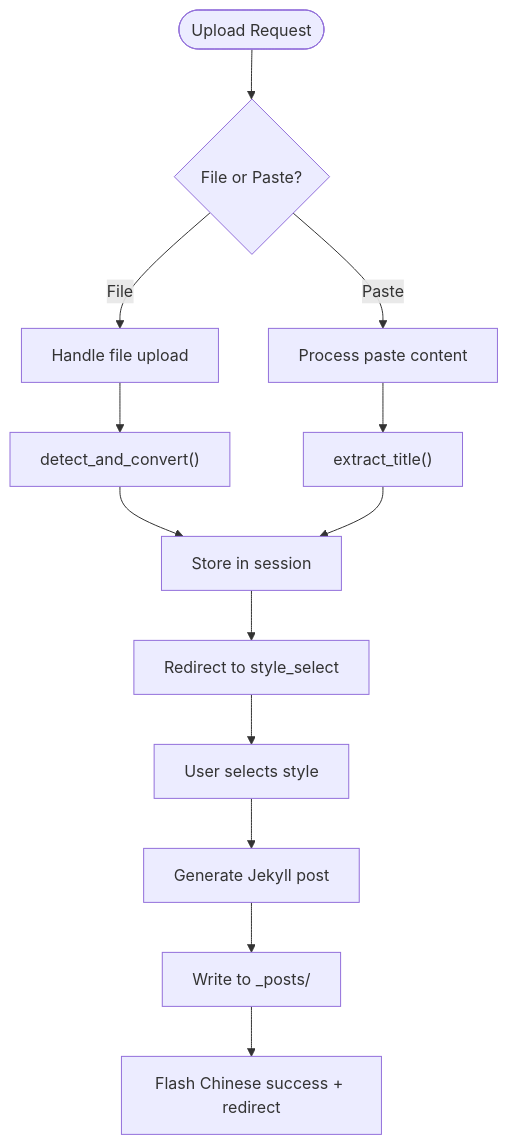
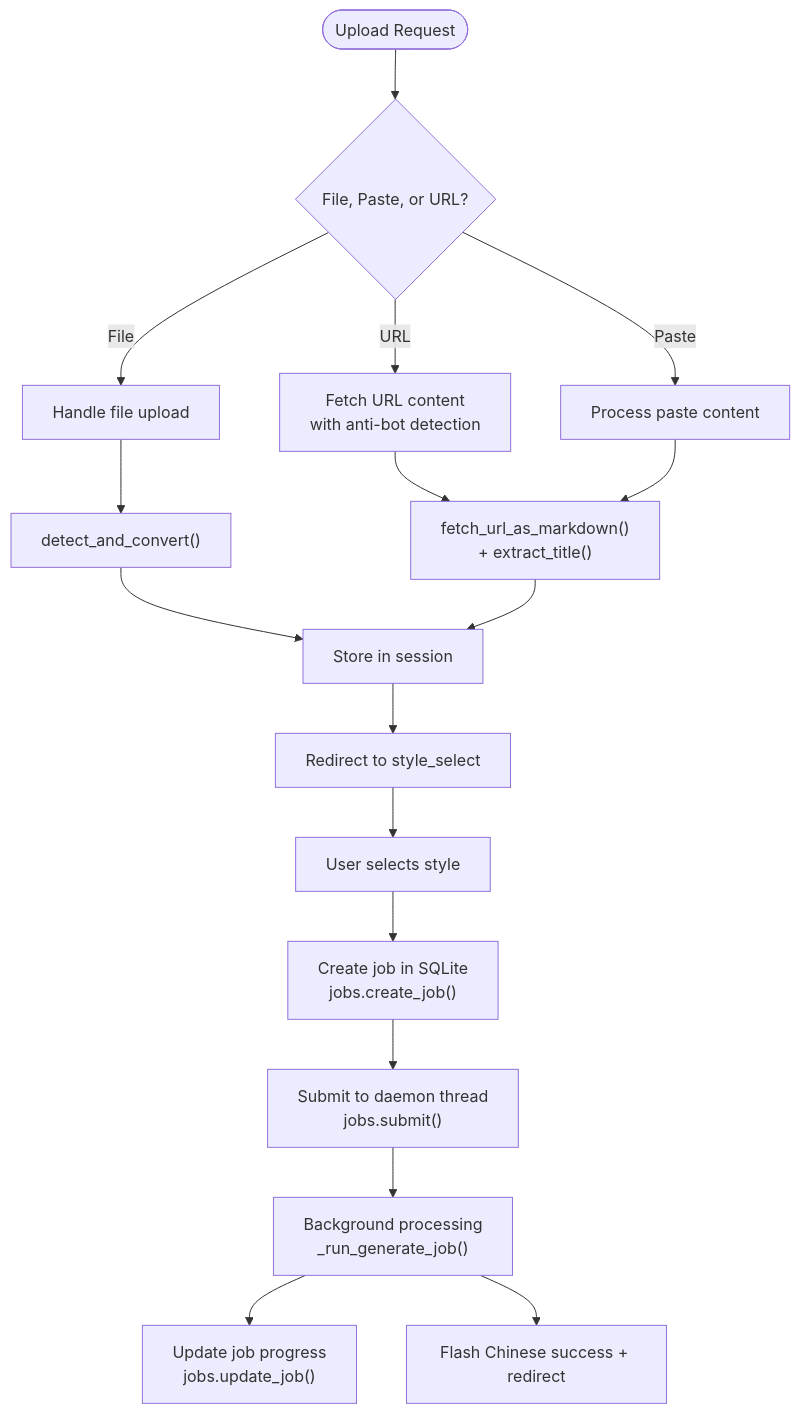
One commit to PolarisW007/PolaZhenJing changed the fifth of 10 diagrams in .qoder/repowiki/en/content/Frontend Application/Frontend Application.md. Above: the diagram before and after it, drawn with Mermaid. The commit also changed other lines of this file and 333 other files, not shown here.

````diff
--- a/.qoder/repowiki/en/content/Frontend Application/Frontend Application.md
+++ b/.qoder/repowiki/en/content/Frontend Application/Frontend Application.md
@@ -245,15 +296,19 @@
 ```mermaid
 flowchart TD
-Start(["Upload Request"]) --> CheckType{"File or Paste?"}
+Start(["Upload Request"]) --> CheckType{"File, Paste, or URL?"}
 CheckType --> |File| Upload["Handle file upload"]
 CheckType --> |Paste| Paste["Process paste content"]
+CheckType --> |URL| URLFetch["Fetch URL content<br/>with anti-bot detection"]
 Upload --> Convert["detect_and_convert()"]
-Paste --> Extract["extract_title()"]
+URLFetch --> Extract["fetch_url_as_markdown()<br/>+ extract_title()"]
+Paste --> Extract
 Convert --> Store["Store in session"]
 Extract --> Store
 Store --> Style["Redirect to style_select"]
 Style --> Select["User selects style"]
-Select --> Generate["Generate Jekyll post"]
-Generate --> Write["Write to _posts/"]
-Write --> Success["Flash Chinese success + redirect"]
+Select --> CreateJob["Create job in SQLite<br/>jobs.create_job()"]
+CreateJob --> SubmitThread["Submit to daemon thread<br/>jobs.submit()"]
+SubmitThread --> Background["Background processing<br/>_run_generate_job()"]
+Background --> Progress["Update job progress<br/>jobs.update_job()"]
+Background --> Success["Flash Chinese success + redirect"]
 ```
````
